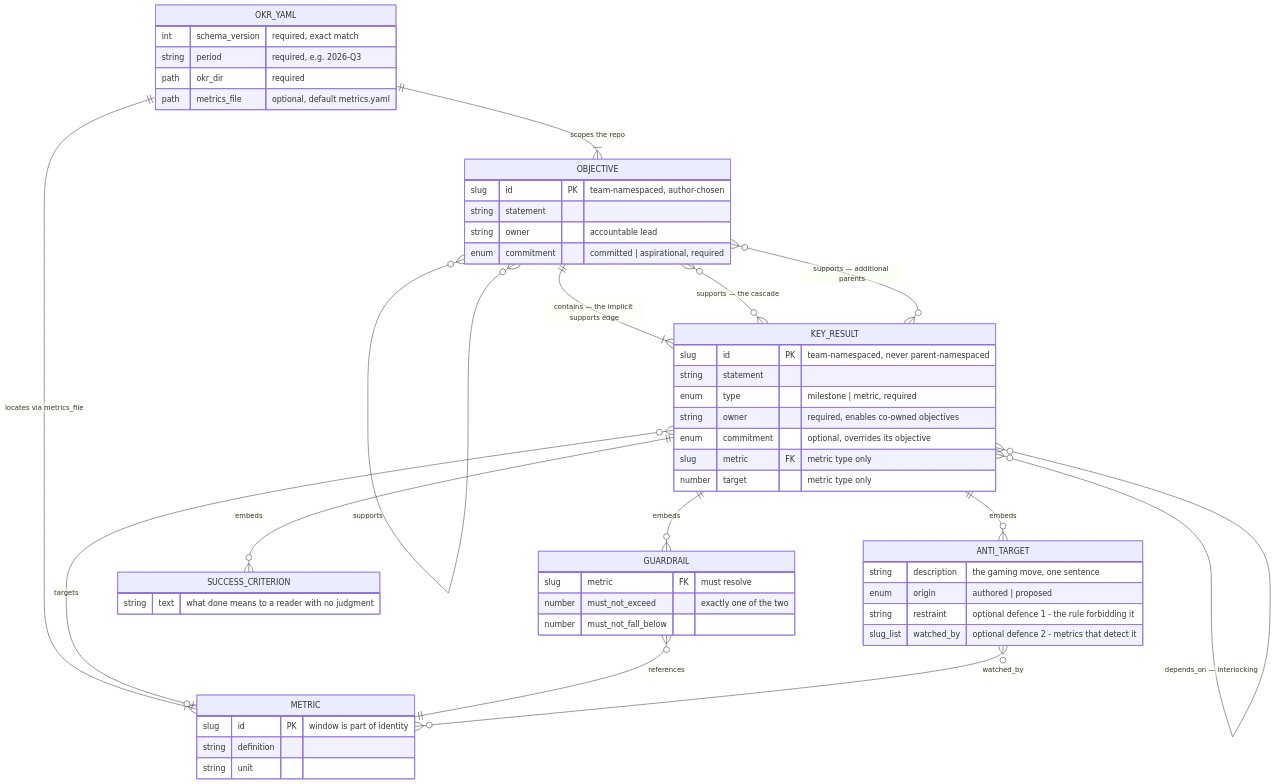
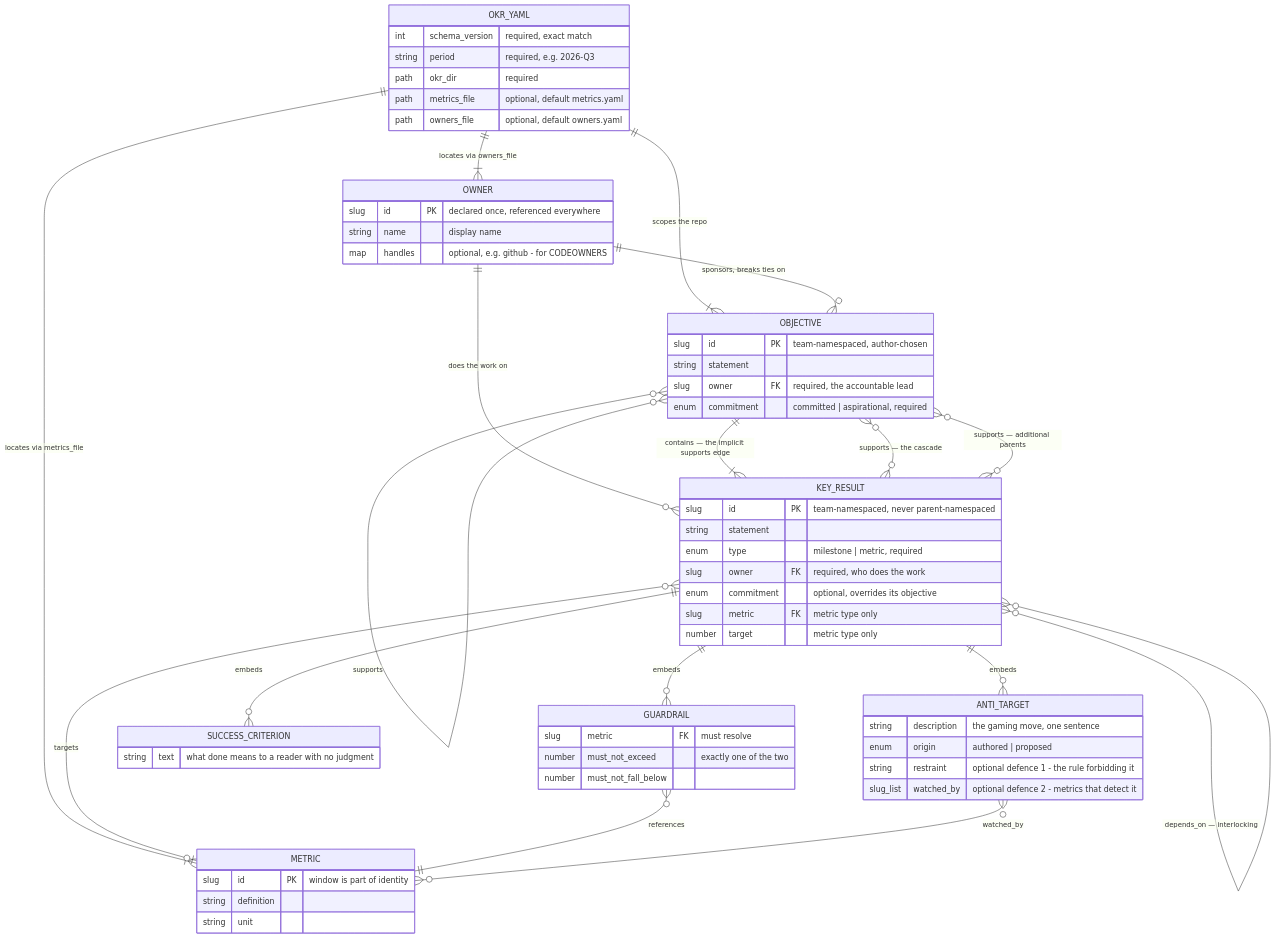
One commit to ashpirnia/agentic-okr changed the fourth of 4 diagrams in docs/ARCHITECTURE.md. Above: the diagram before and after it, drawn with Mermaid. The commit also changed other lines of this file and 4 other files, not shown here.

First line of the commit message:
docs: ADR-0010 gains platform handles and generated CODEOWNERS

````diff
--- a/docs/ARCHITECTURE.md
+++ b/docs/ARCHITECTURE.md
@@ -187,66 +187,77 @@
 ```mermaid
 erDiagram
     OKR_YAML {
         int schema_version "required, exact match"
         string period "required, e.g. 2026-Q3"
         path okr_dir "required"
         path metrics_file "optional, default metrics.yaml"
+        path owners_file "optional, default owners.yaml"
+    }
+
+    OWNER {
+        slug id PK "declared once, referenced everywhere"
+        string name "display name"
+        map handles "optional, e.g. github - for CODEOWNERS"
     }
 
     OBJECTIVE {
         slug id PK "team-namespaced, author-chosen"
         string statement
-        string owner "accountable lead"
+        slug owner FK "required, the accountable lead"
         enum commitment "committed | aspirational, required"
     }
 
     KEY_RESULT {
         slug id PK "team-namespaced, never parent-namespaced"
         string statement
         enum type "milestone | metric, required"
-        string owner "required, enables co-owned objectives"
+        slug owner FK "required, who does the work"
         enum commitment "optional, overrides its objective"
         slug metric FK "metric type only"
         number target "metric type only"
     }
 
     METRIC {
         slug id PK "window is part of identity"
         string definition
         string unit
     }
 
     GUARDRAIL {
         slug metric FK "must resolve"
         number must_not_exceed "exactly one of the two"
         number must_not_fall_below
     }
 
     ANTI_TARGET {
         string description "the gaming move, one sentence"
         enum origin "authored | proposed"
         string restraint "optional defence 1 - the rule forbidding it"
         slug_list watched_by "optional defence 2 - metrics that detect it"
     }
 
     SUCCESS_CRITERION {
         string text "what done means to a reader with no judgment"
     }
 
     OKR_YAML ||--|{ OBJECTIVE : "scopes the repo"
     OKR_YAML ||--|{ METRIC : "locates via metrics_file"
+    OKR_YAML ||--|{ OWNER : "locates via owners_file"
+
+    OWNER ||--o{ OBJECTIVE : "sponsors, breaks ties on"
+    OWNER ||--o{ KEY_RESULT : "does the work on"
 
     OBJECTIVE ||--|{ KEY_RESULT : "contains — the implicit supports edge"
     OBJECTIVE }o--o{ OBJECTIVE : "supports"
     OBJECTIVE }o--o{ KEY_RESULT : "supports — the cascade"
     KEY_RESULT }o--o{ OBJECTIVE : "supports — additional parents"
     KEY_RESULT }o--o{ KEY_RESULT : "depends_on — interlocking"
 
     KEY_RESULT ||--o{ GUARDRAIL : "embeds"
     KEY_RESULT ||--o{ ANTI_TARGET : "embeds"
     KEY_RESULT ||--o{ SUCCESS_CRITERION : "embeds"
 
     KEY_RESULT }o--o| METRIC : "targets"
     GUARDRAIL }o--|| METRIC : "references"
     ANTI_TARGET }o--o{ METRIC : "watched_by"
 ```
````
